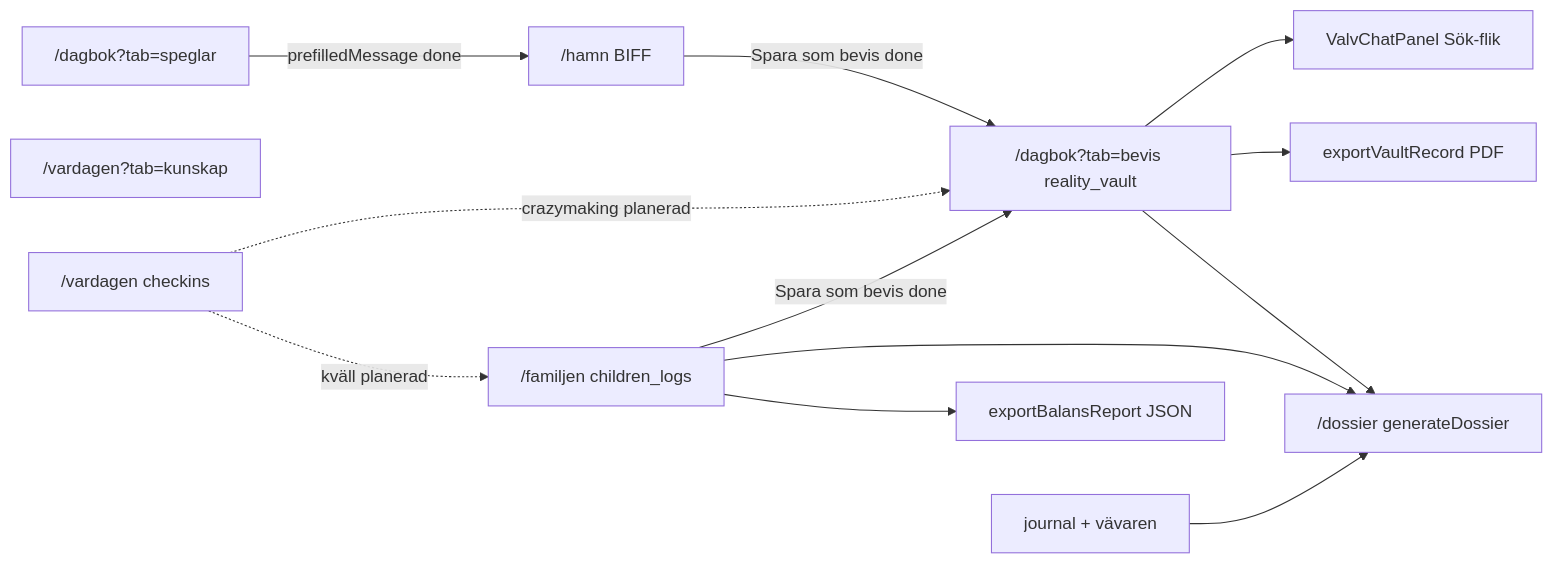
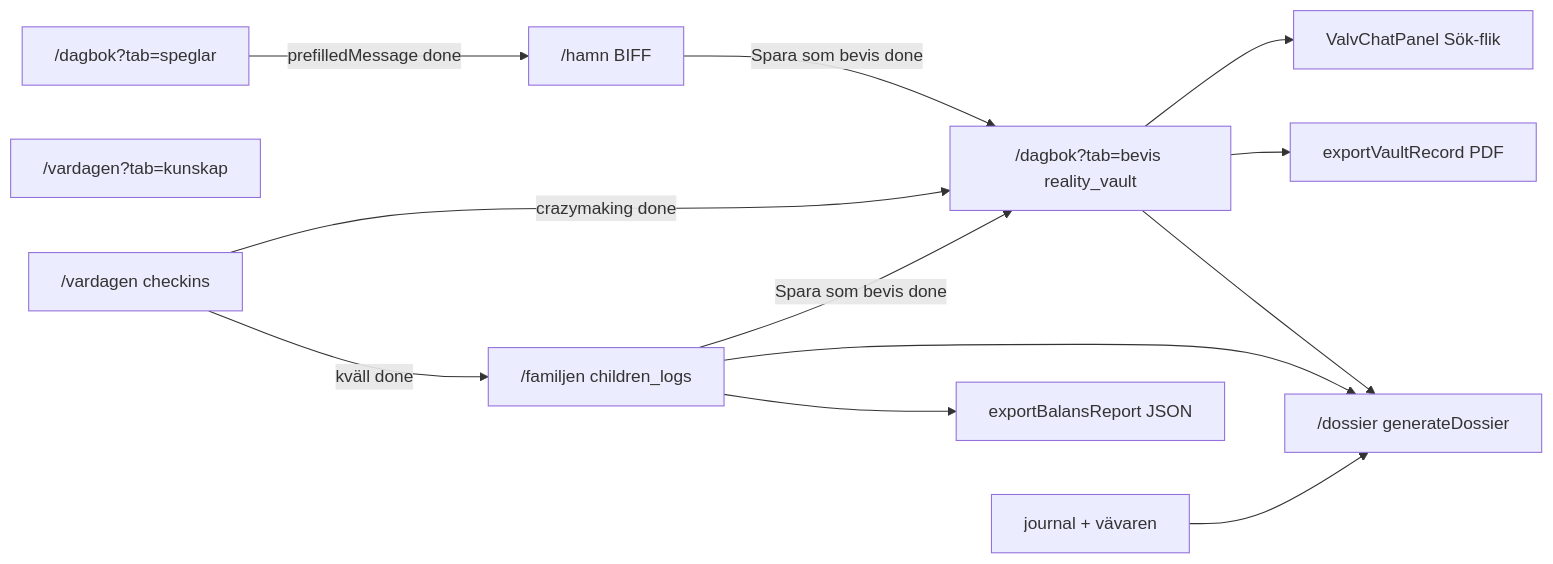
Before and after one commit to pontusmalmstrom9292-sys/Livskompassen3.0: the diagram in docs/specs/p2-flode.md, drawn with Mermaid. The commit also changed 98 other files, not shown here.

````diff
--- a/docs/specs/p2-flode.md
+++ b/docs/specs/p2-flode.md
@@ -7,25 +7,25 @@
 ```mermaid
 flowchart LR
   Speglar["/dagbok?tab=speglar"]
   Hamn["/hamn BIFF"]
   Barnen["/familjen children_logs"]
   Valv["/dagbok?tab=bevis reality_vault"]
   ValvChat["ValvChatPanel Sök-flik"]
   Kunskap["/vardagen?tab=kunskap"]
   Journal["journal + vävaren"]
   Dossier["/dossier generateDossier"]
   PartialV["exportVaultRecord PDF"]
   PartialB["exportBalansReport JSON"]
   Kompasser["/vardagen checkins"]
   Valv --> ValvChat
   Valv --> PartialV
   Valv --> Dossier
   Barnen --> PartialB
   Barnen --> Dossier
   Journal --> Dossier
   Speglar -->|"prefilledMessage done"| Hamn
   Hamn -->|"Spara som bevis done"| Valv
-  Kompasser -.->|"kväll planerad"| Barnen
-  Kompasser -.->|"crazymaking planerad"| Valv
+  Kompasser -->|"kväll done"| Barnen
+  Kompasser -->|"crazymaking done"| Valv
   Barnen -->|"Spara som bevis done"| Valv
 ```
````
